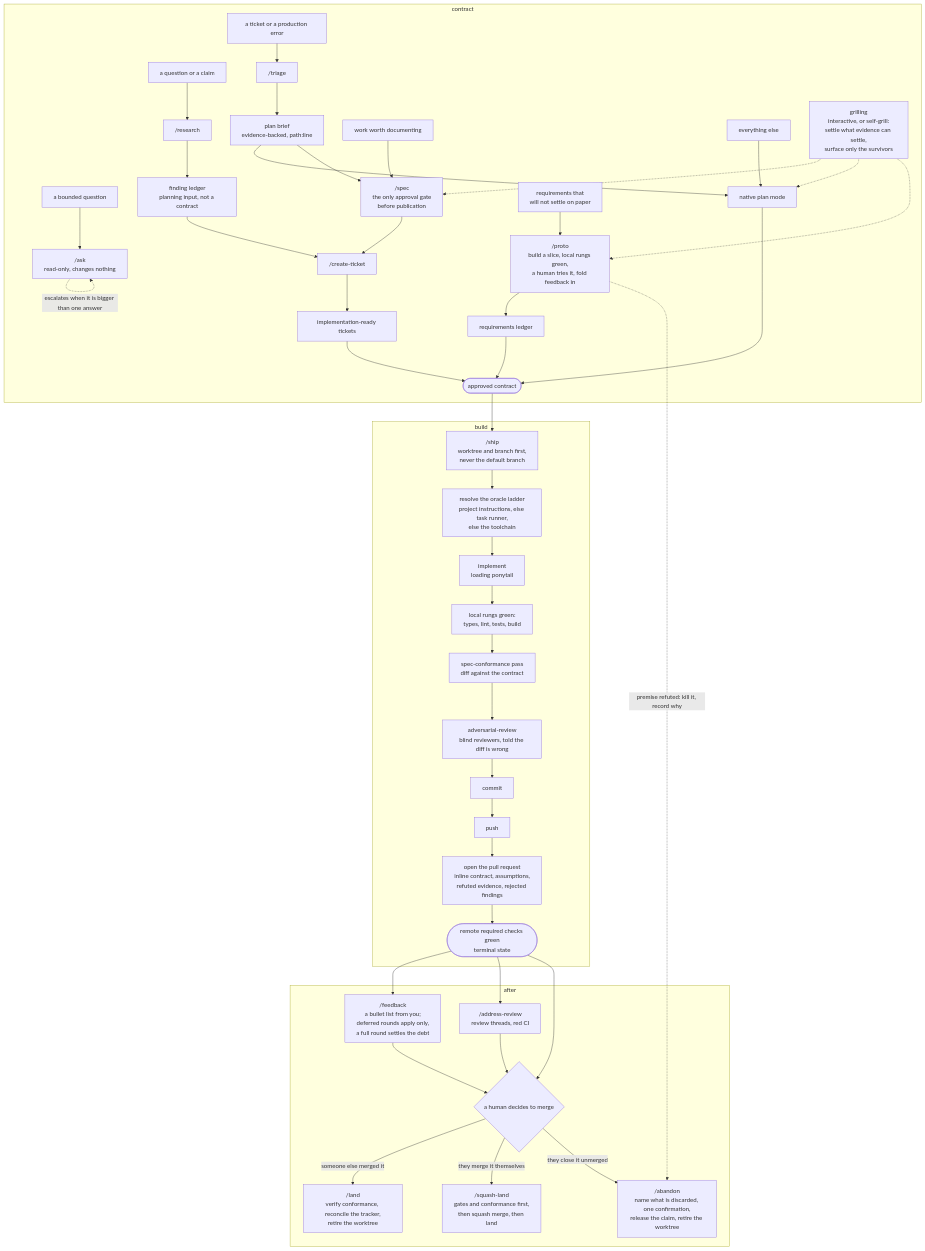
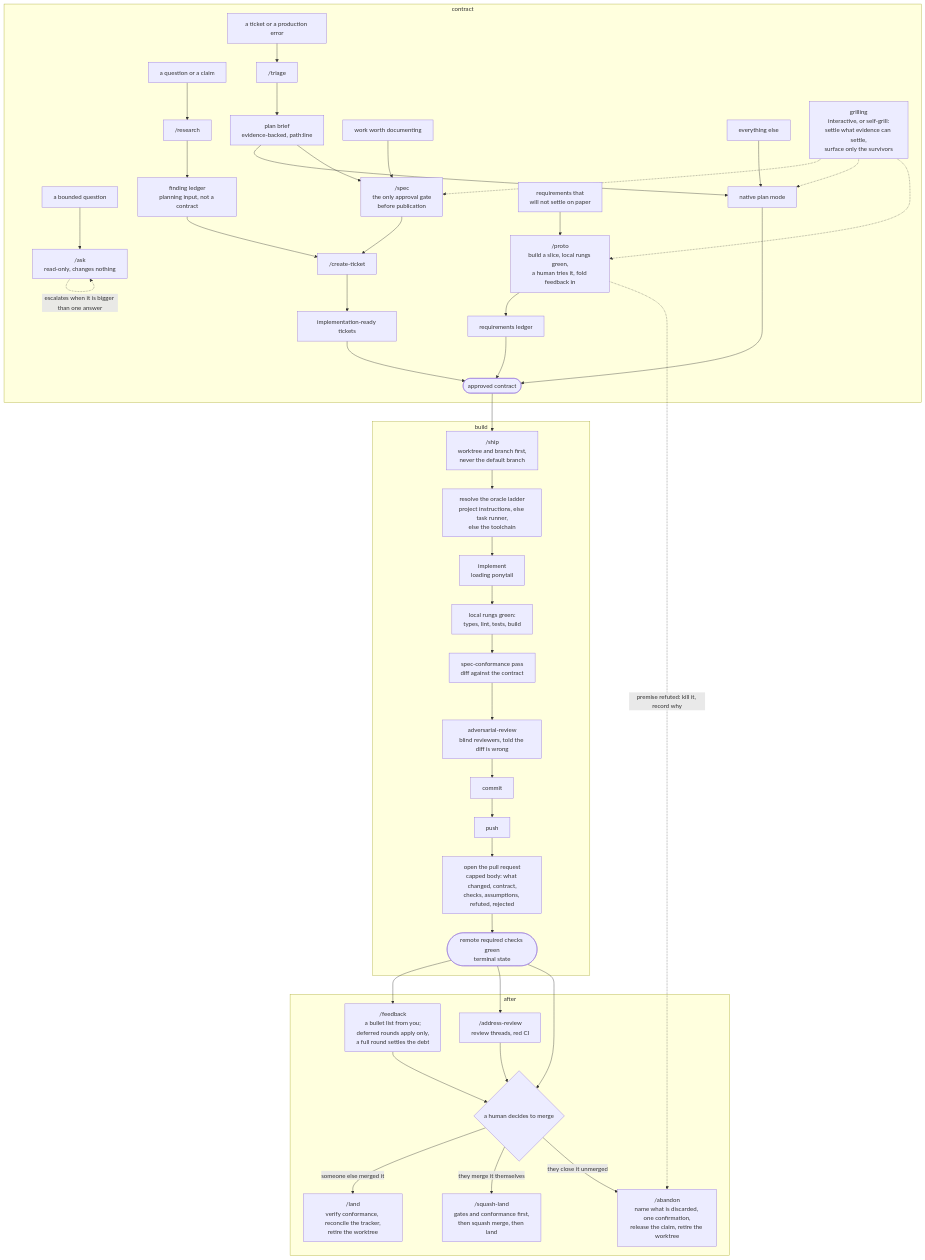
The first of 2 diagrams in harness/README.md (jvillegasd/harness), drawn with Mermaid before and after one commit. The commit also changed 4 other files, not shown here.

First line of the commit message:
refactor(ship): cap the pull request body (#51)

````diff
--- a/harness/README.md
+++ b/harness/README.md
@@ -18,57 +18,57 @@
 ```mermaid
 flowchart TD
     subgraph CONTRACT["contract"]
         ask_in["a bounded question"] --> ask["/ask<br>read-only, changes nothing"]
         ask -.->|escalates when it is bigger than one answer| ask
 
         research_in["a question or a claim"] --> research["/research"]
         research --> ledger["finding ledger<br>planning input, not a contract"]
 
         triage_in["a ticket or a production error"] --> triage["/triage"]
         triage --> brief["plan brief<br>evidence-backed, path:line"]
 
         doc_in["work worth documenting"] --> spec["/spec<br>the only approval gate<br>before publication"]
         spec --> createticket["/create-ticket"]
         ledger --> createticket
         createticket --> ticket["implementation-ready tickets"]
 
         proto_in["requirements that<br>will not settle on paper"] --> proto["/proto<br>build a slice, local rungs green,<br>a human tries it, fold feedback in"]
         proto --> protoledger["requirements ledger"]
 
         else_in["everything else"] --> plan["native plan mode"]
         brief --> plan
         brief --> spec
 
         grill["grilling<br>interactive, or self-grill:<br>settle what evidence can settle,<br>surface only the survivors"]
         grill -.-> spec
         grill -.-> plan
         grill -.-> proto
 
         ticket --> approval(["approved contract"])
         plan --> approval
         protoledger --> approval
     end
 
     subgraph BUILD["build"]
         approval --> ship["/ship<br>worktree and branch first,<br>never the default branch"]
         ship --> ladder["resolve the oracle ladder<br>project instructions, else task runner,<br>else the toolchain"]
         ladder --> implement["implement<br>loading ponytail"]
         implement --> rungs["local rungs green:<br>types, lint, tests, build"]
         rungs --> conform["spec-conformance pass<br>diff against the contract"]
         conform --> review["adversarial-review<br>blind reviewers, told the diff is wrong"]
-        review --> commit["commit"] --> push["push"] --> pr["open the pull request<br>inline contract, assumptions,<br>refuted evidence, rejected findings"]
+        review --> commit["commit"] --> push["push"] --> pr["open the pull request<br>capped body: what changed, contract,<br>checks, assumptions, refuted, rejected"]
         pr --> checks(["remote required checks green<br>terminal state"])
     end
 
     subgraph AFTER["after"]
         checks --> feedback["/feedback<br>a bullet list from you;<br>deferred rounds apply only,<br>a full round settles the debt"]
         checks --> addressreview["/address-review<br>review threads, red CI"]
         feedback --> merge{"a human decides to merge"}
         addressreview --> merge
         checks --> merge
         merge -->|someone else merged it| land["/land<br>verify conformance, reconcile the tracker,<br>retire the worktree"]
         merge -->|they merge it themselves| squashland["/squash-land<br>gates and conformance first,<br>then squash merge, then land"]
         merge -->|they close it unmerged| abandon["/abandon<br>name what is discarded, one confirmation,<br>release the claim, retire the worktree"]
         proto -.->|premise refuted: kill it, record why| abandon
     end
 ```
````
